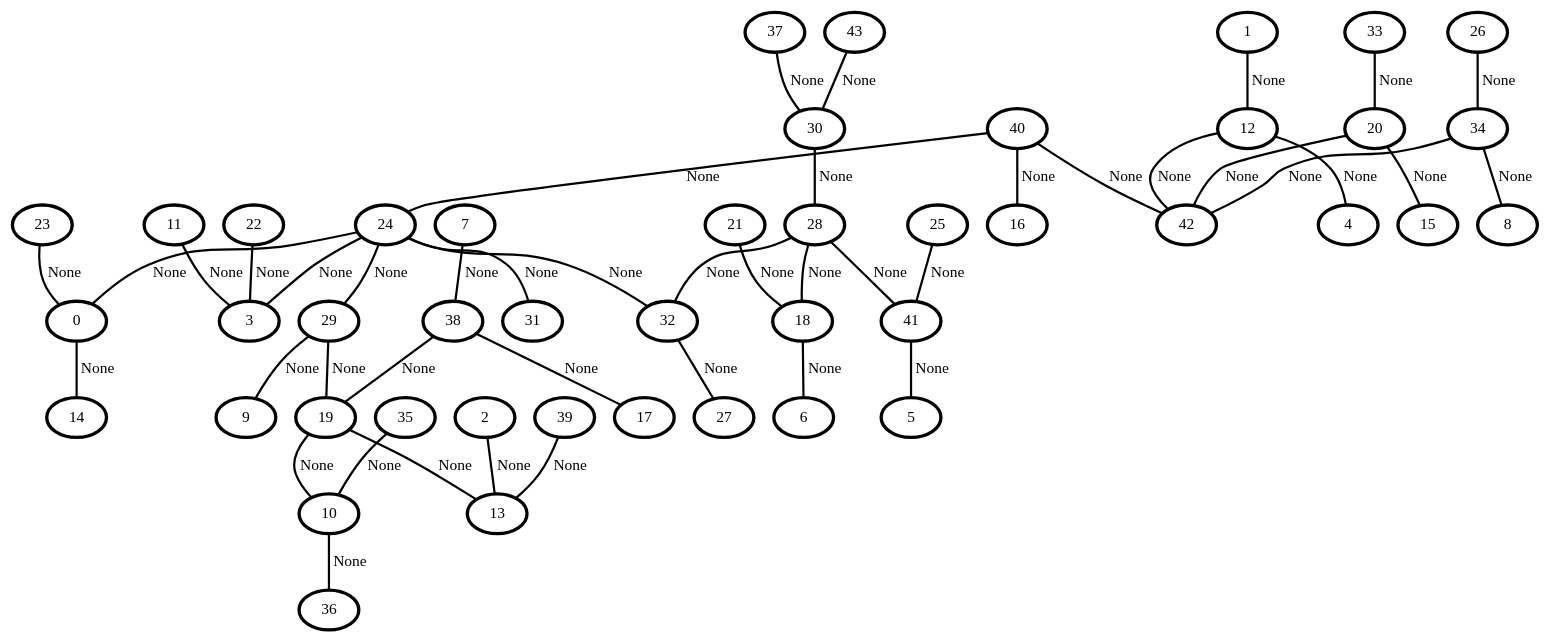
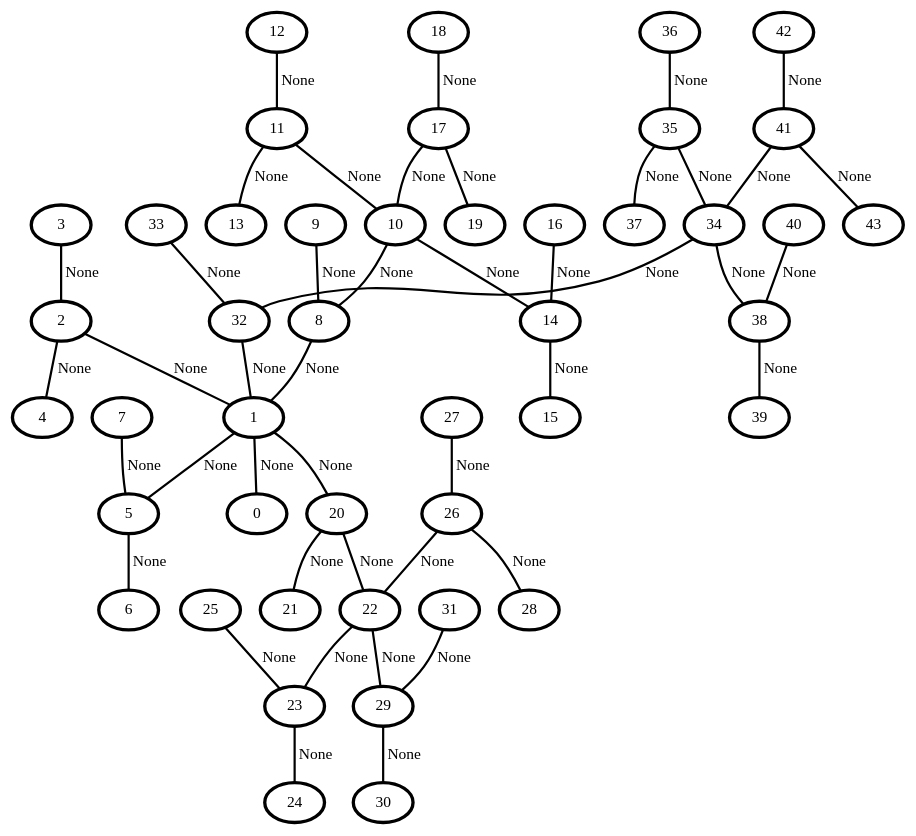
Before and after one commit to Alex314-dev/graphisomorphism: the diagram in Colored/bigtrees1.dot, drawn with Graphviz. The commit also changed 5 other files, not shown here.

Commit message:
Tree automorphism DONE BBY (for 2 graphs)

```diff
--- a/Colored/bigtrees1.dot
+++ b/Colored/bigtrees1.dot
@@ -1,90 +1,90 @@
 graph G {
     0 [penwidth=3,label="0"]
     1 [penwidth=3,label="1"]
     2 [penwidth=3,label="2"]
     3 [penwidth=3,label="3"]
     4 [penwidth=3,label="4"]
     5 [penwidth=3,label="5"]
     6 [penwidth=3,label="6"]
     7 [penwidth=3,label="7"]
     8 [penwidth=3,label="8"]
     9 [penwidth=3,label="9"]
     10 [penwidth=3,label="10"]
     11 [penwidth=3,label="11"]
     12 [penwidth=3,label="12"]
     13 [penwidth=3,label="13"]
     14 [penwidth=3,label="14"]
     15 [penwidth=3,label="15"]
     16 [penwidth=3,label="16"]
     17 [penwidth=3,label="17"]
     18 [penwidth=3,label="18"]
     19 [penwidth=3,label="19"]
     20 [penwidth=3,label="20"]
     21 [penwidth=3,label="21"]
     22 [penwidth=3,label="22"]
     23 [penwidth=3,label="23"]
     24 [penwidth=3,label="24"]
     25 [penwidth=3,label="25"]
     26 [penwidth=3,label="26"]
     27 [penwidth=3,label="27"]
     28 [penwidth=3,label="28"]
     29 [penwidth=3,label="29"]
     30 [penwidth=3,label="30"]
     31 [penwidth=3,label="31"]
     32 [penwidth=3,label="32"]
     33 [penwidth=3,label="33"]
     34 [penwidth=3,label="34"]
     35 [penwidth=3,label="35"]
     36 [penwidth=3,label="36"]
     37 [penwidth=3,label="37"]
     38 [penwidth=3,label="38"]
     39 [penwidth=3,label="39"]
     40 [penwidth=3,label="40"]
     41 [penwidth=3,label="41"]
     42 [penwidth=3,label="42"]
     43 [penwidth=3,label="43"]
 
-    19--10 [penwidth=2,label="None"]
-    34--42 [penwidth=2,label="None"]
-    40--42 [penwidth=2,label="None"]
-    34--8 [penwidth=2,label="None"]
-    28--32 [penwidth=2,label="None"]
-    11--3 [penwidth=2,label="None"]
-    24--31 [penwidth=2,label="None"]
-    33--20 [penwidth=2,label="None"]
-    10--36 [penwidth=2,label="None"]
-    40--16 [penwidth=2,label="None"]
-    43--30 [penwidth=2,label="None"]
-    24--3 [penwidth=2,label="None"]
-    39--13 [penwidth=2,label="None"]
-    0--14 [penwidth=2,label="None"]
-    38--19 [penwidth=2,label="None"]
-    24--29 [penwidth=2,label="None"]
-    29--19 [penwidth=2,label="None"]
-    23--0 [penwidth=2,label="None"]
-    24--32 [penwidth=2,label="None"]
-    24--0 [penwidth=2,label="None"]
-    18--6 [penwidth=2,label="None"]
-    28--41 [penwidth=2,label="None"]
-    41--5 [penwidth=2,label="None"]
-    29--9 [penwidth=2,label="None"]
-    32--27 [penwidth=2,label="None"]
-    21--18 [penwidth=2,label="None"]
-    30--28 [penwidth=2,label="None"]
-    12--4 [penwidth=2,label="None"]
-    19--13 [penwidth=2,label="None"]
-    37--30 [penwidth=2,label="None"]
-    7--38 [penwidth=2,label="None"]
-    20--15 [penwidth=2,label="None"]
-    38--17 [penwidth=2,label="None"]
-    1--12 [penwidth=2,label="None"]
-    20--42 [penwidth=2,label="None"]
-    22--3 [penwidth=2,label="None"]
-    12--42 [penwidth=2,label="None"]
-    35--10 [penwidth=2,label="None"]
-    40--24 [penwidth=2,label="None"]
-    2--13 [penwidth=2,label="None"]
-    25--41 [penwidth=2,label="None"]
-    26--34 [penwidth=2,label="None"]
-    28--18 [penwidth=2,label="None"]
+    1--0 [penwidth=2,label="None"]
+    2--1 [penwidth=2,label="None"]
+    3--2 [penwidth=2,label="None"]
+    2--4 [penwidth=2,label="None"]
+    1--5 [penwidth=2,label="None"]
+    5--6 [penwidth=2,label="None"]
+    7--5 [penwidth=2,label="None"]
+    8--1 [penwidth=2,label="None"]
+    9--8 [penwidth=2,label="None"]
+    10--8 [penwidth=2,label="None"]
+    11--10 [penwidth=2,label="None"]
+    12--11 [penwidth=2,label="None"]
+    11--13 [penwidth=2,label="None"]
+    10--14 [penwidth=2,label="None"]
+    14--15 [penwidth=2,label="None"]
+    16--14 [penwidth=2,label="None"]
+    17--10 [penwidth=2,label="None"]
+    18--17 [penwidth=2,label="None"]
+    17--19 [penwidth=2,label="None"]
+    1--20 [penwidth=2,label="None"]
+    20--21 [penwidth=2,label="None"]
+    20--22 [penwidth=2,label="None"]
+    22--23 [penwidth=2,label="None"]
+    23--24 [penwidth=2,label="None"]
+    25--23 [penwidth=2,label="None"]
+    26--22 [penwidth=2,label="None"]
+    27--26 [penwidth=2,label="None"]
+    26--28 [penwidth=2,label="None"]
+    22--29 [penwidth=2,label="None"]
+    29--30 [penwidth=2,label="None"]
+    31--29 [penwidth=2,label="None"]
+    32--1 [penwidth=2,label="None"]
+    33--32 [penwidth=2,label="None"]
+    34--32 [penwidth=2,label="None"]
+    35--34 [penwidth=2,label="None"]
+    36--35 [penwidth=2,label="None"]
+    35--37 [penwidth=2,label="None"]
+    34--38 [penwidth=2,label="None"]
+    38--39 [penwidth=2,label="None"]
+    40--38 [penwidth=2,label="None"]
+    41--34 [penwidth=2,label="None"]
+    42--41 [penwidth=2,label="None"]
+    41--43 [penwidth=2,label="None"]
 }
```
